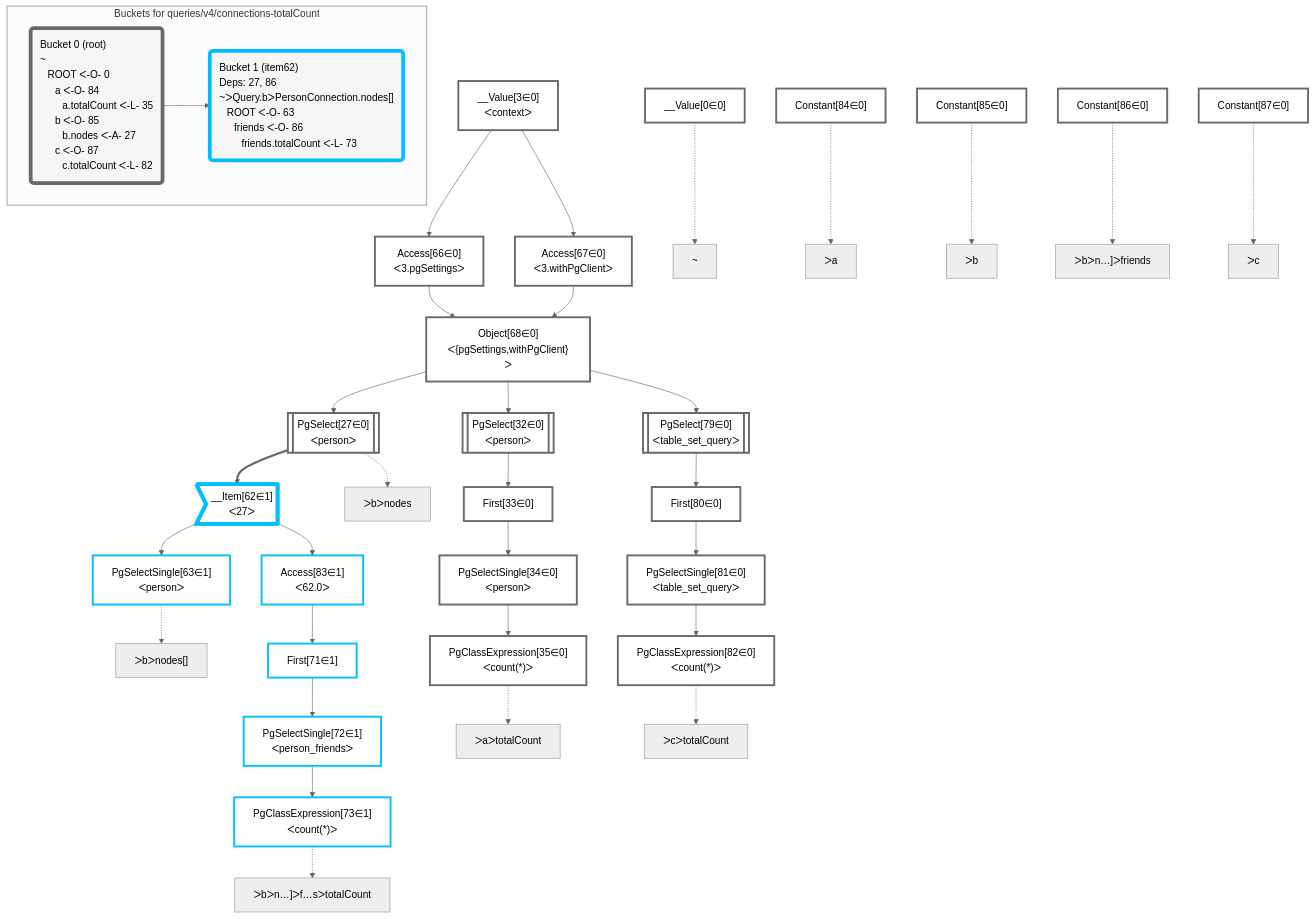
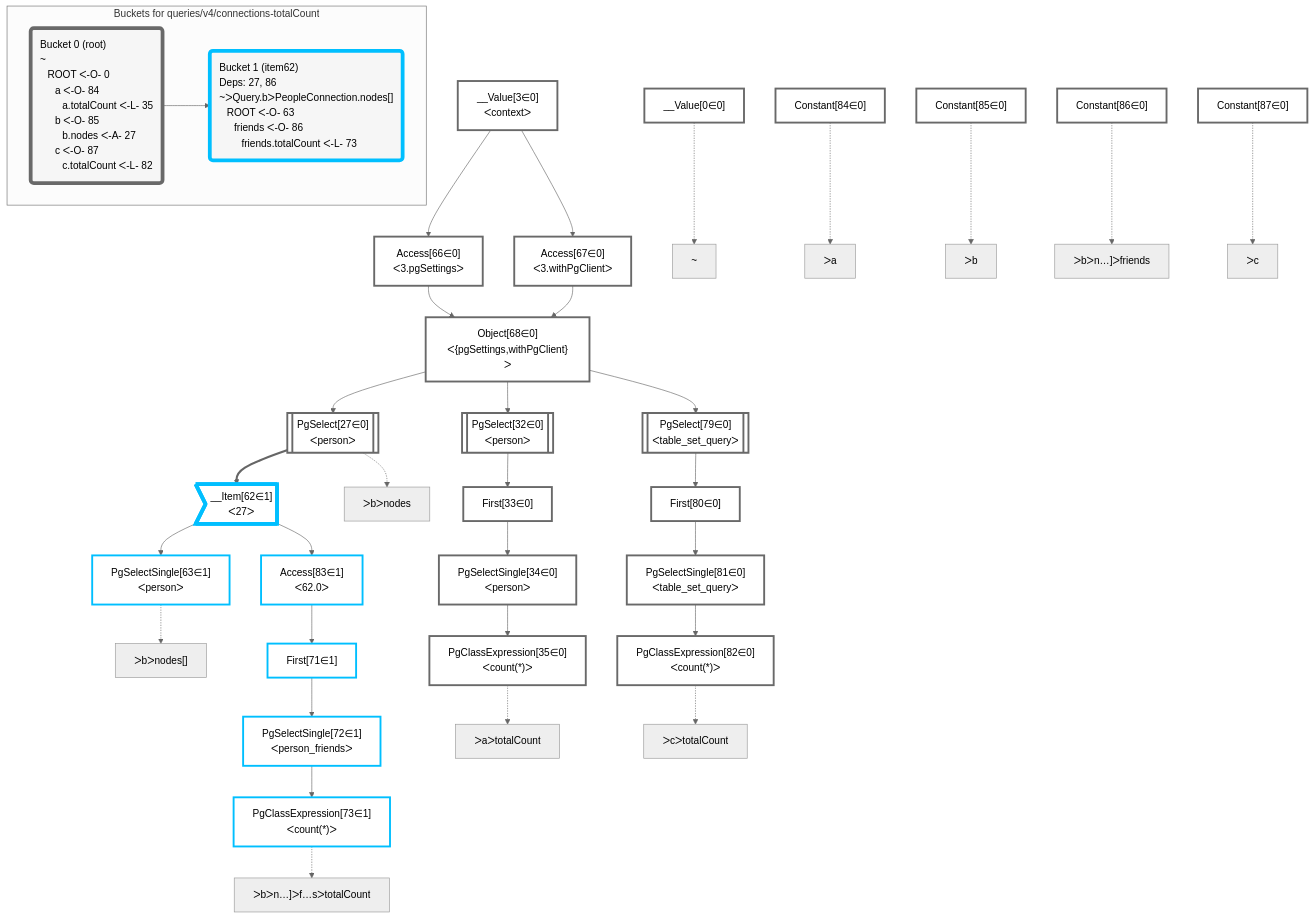
Before and after one commit to graphile/crystal: the diagram in packages/postgraphile/__tests__/queries/v4/connections-totalCount.mermaid, drawn with Mermaid (neutral theme). The commit also changed 2 other files, not shown here.

Commit message:
Update snapshots for new connection names

```diff
--- a/packages/postgraphile/__tests__/queries/v4/connections-totalCount.mermaid
+++ b/packages/postgraphile/__tests__/queries/v4/connections-totalCount.mermaid
@@ -1,85 +1,85 @@
 graph TD
     classDef path fill:#eee,stroke:#000,color:#000
     classDef plan fill:#fff,stroke-width:3px,color:#000
     classDef itemplan fill:#fff,stroke-width:6px,color:#000
     classDef sideeffectplan fill:#f00,stroke-width:6px,color:#000
     classDef bucket fill:#f6f6f6,color:#000,stroke-width:6px,text-align:left
 
 
     %% define plans
     __Value0["__Value[0∈0]"]:::plan
     __Value3["__Value[3∈0]<br />ᐸcontextᐳ"]:::plan
     Access66["Access[66∈0]<br />ᐸ3.pgSettingsᐳ"]:::plan
     Access67["Access[67∈0]<br />ᐸ3.withPgClientᐳ"]:::plan
     Object68["Object[68∈0]<br />ᐸ{pgSettings,withPgClient}ᐳ"]:::plan
     PgSelect27[["PgSelect[27∈0]<br />ᐸpersonᐳ"]]:::plan
     Constant84["Constant[84∈0]"]:::plan
     PgSelect32[["PgSelect[32∈0]<br />ᐸpersonᐳ"]]:::plan
     First33["First[33∈0]"]:::plan
     PgSelectSingle34["PgSelectSingle[34∈0]<br />ᐸpersonᐳ"]:::plan
     PgClassExpression35["PgClassExpression[35∈0]<br />ᐸcount(*)ᐳ"]:::plan
     Constant85["Constant[85∈0]"]:::plan
     __Item62>"__Item[62∈1]<br />ᐸ27ᐳ"]:::itemplan
     PgSelectSingle63["PgSelectSingle[63∈1]<br />ᐸpersonᐳ"]:::plan
     Constant86["Constant[86∈0]"]:::plan
     Access83["Access[83∈1]<br />ᐸ62.0ᐳ"]:::plan
     First71["First[71∈1]"]:::plan
     PgSelectSingle72["PgSelectSingle[72∈1]<br />ᐸperson_friendsᐳ"]:::plan
     PgClassExpression73["PgClassExpression[73∈1]<br />ᐸcount(*)ᐳ"]:::plan
     Constant87["Constant[87∈0]"]:::plan
     PgSelect79[["PgSelect[79∈0]<br />ᐸtable_set_queryᐳ"]]:::plan
     First80["First[80∈0]"]:::plan
     PgSelectSingle81["PgSelectSingle[81∈0]<br />ᐸtable_set_queryᐳ"]:::plan
     PgClassExpression82["PgClassExpression[82∈0]<br />ᐸcount(*)ᐳ"]:::plan
 
     %% plan dependencies
     __Value3 --> Access66
     __Value3 --> Access67
     Access66 & Access67 --> Object68
     Object68 --> PgSelect27
     Object68 --> PgSelect32
     PgSelect32 --> First33
     First33 --> PgSelectSingle34
     PgSelectSingle34 --> PgClassExpression35
     PgSelect27 ==> __Item62
     __Item62 --> PgSelectSingle63
     __Item62 --> Access83
     Access83 --> First71
     First71 --> PgSelectSingle72
     PgSelectSingle72 --> PgClassExpression73
     Object68 --> PgSelect79
     PgSelect79 --> First80
     First80 --> PgSelectSingle81
     PgSelectSingle81 --> PgClassExpression82
 
     %% plan-to-path relationships
     P0["~"]
     __Value0 -.-> P0
     P27["ᐳbᐳnodes"]
     PgSelect27 -.-> P27
     P35["ᐳaᐳtotalCount"]
     PgClassExpression35 -.-> P35
     P63["ᐳbᐳnodes[]"]
     PgSelectSingle63 -.-> P63
     P73["ᐳbᐳn…]ᐳf…sᐳtotalCount"]
     PgClassExpression73 -.-> P73
     P82["ᐳcᐳtotalCount"]
     PgClassExpression82 -.-> P82
     P84["ᐳa"]
     Constant84 -.-> P84
     P85["ᐳb"]
     Constant85 -.-> P85
     P86["ᐳbᐳn…]ᐳfriends"]
     Constant86 -.-> P86
     P87["ᐳc"]
     Constant87 -.-> P87
 
     subgraph "Buckets for queries/v4/connections-totalCount"
     Bucket0("Bucket 0 (root)<br />~<br />⠀ROOT ᐸ-O- 0<br />⠀⠀a ᐸ-O- 84<br />⠀⠀⠀a.totalCount ᐸ-L- 35<br />⠀⠀b ᐸ-O- 85<br />⠀⠀⠀b.nodes ᐸ-A- 27<br />⠀⠀c ᐸ-O- 87<br />⠀⠀⠀c.totalCount ᐸ-L- 82"):::bucket
     classDef bucket0 stroke:#696969
     class Bucket0,__Value0,__Value3,PgSelect27,PgSelect32,First33,PgSelectSingle34,PgClassExpression35,Access66,Access67,Object68,PgSelect79,First80,PgSelectSingle81,PgClassExpression82,Constant84,Constant85,Constant86,Constant87 bucket0
-    Bucket1("Bucket 1 (item62)<br />Deps: 27, 86<br />~ᐳQuery.bᐳPersonConnection.nodes[]<br />⠀ROOT ᐸ-O- 63<br />⠀⠀friends ᐸ-O- 86<br />⠀⠀⠀friends.totalCount ᐸ-L- 73"):::bucket
+    Bucket1("Bucket 1 (item62)<br />Deps: 27, 86<br />~ᐳQuery.bᐳPeopleConnection.nodes[]<br />⠀ROOT ᐸ-O- 63<br />⠀⠀friends ᐸ-O- 86<br />⠀⠀⠀friends.totalCount ᐸ-L- 73"):::bucket
     classDef bucket1 stroke:#00bfff
     class Bucket1,__Item62,PgSelectSingle63,First71,PgSelectSingle72,PgClassExpression73,Access83 bucket1
     Bucket0 --> Bucket1
     end
```
